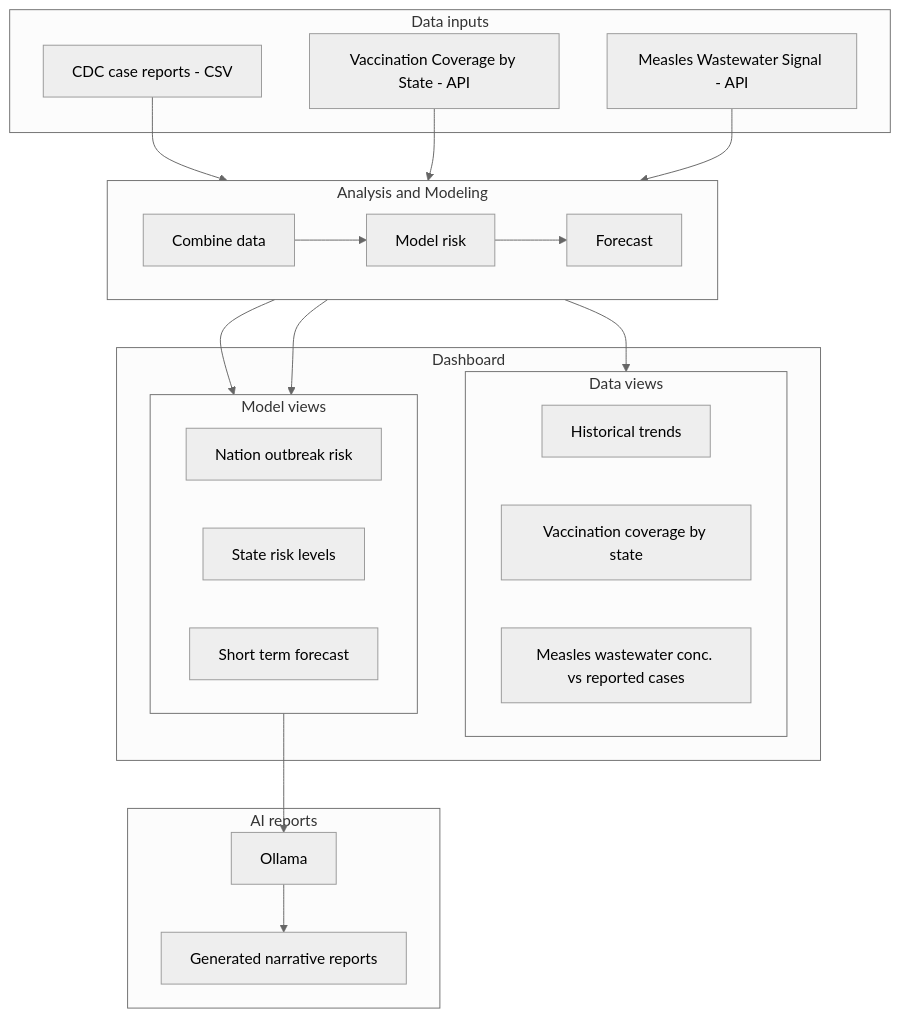
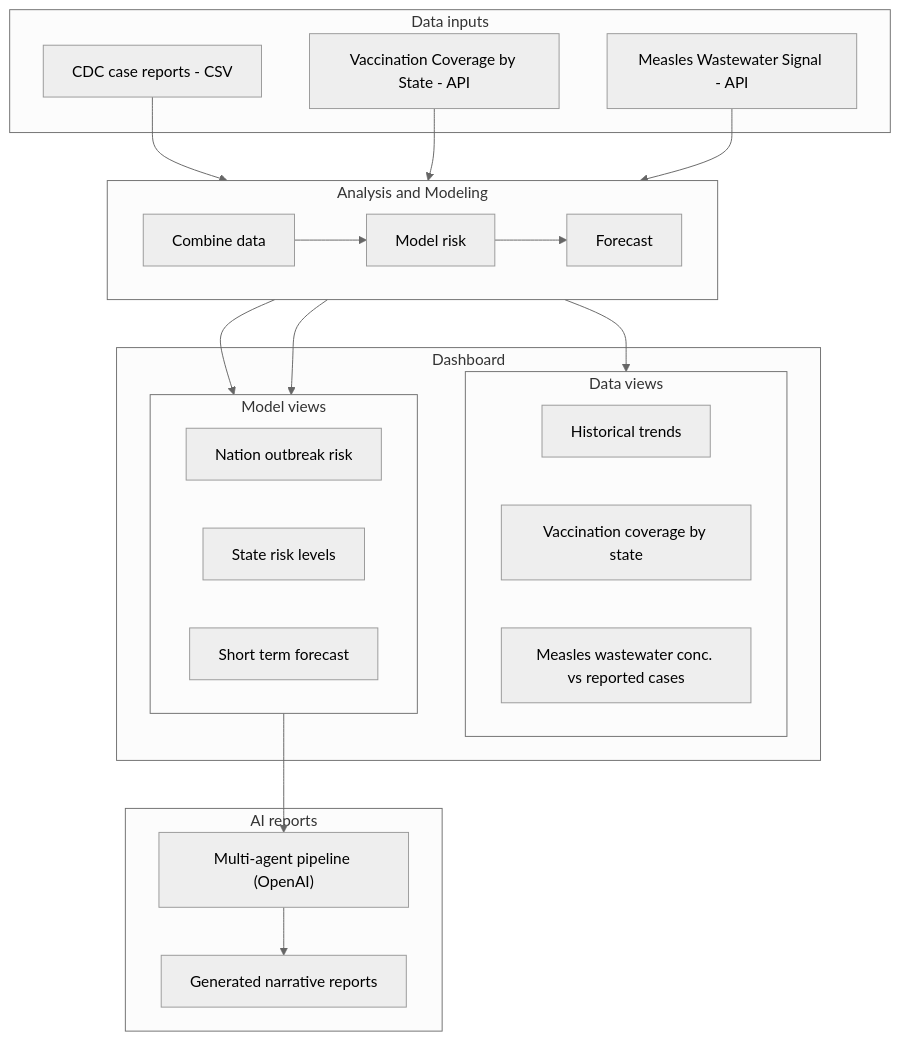
One commit to MatthewTirelli/ToolV2 changed the diagram in docs/app-flow-executive.mmd. Above: the diagram before and after it, drawn with Mermaid (neutral theme). The commit also changed 3 other files, not shown here.

```diff
--- a/docs/app-flow-executive.mmd
+++ b/docs/app-flow-executive.mmd
@@ -1,45 +1,45 @@
 %% High-level flow: Risk of Measles Outbreak dashboard (executive view)
 %% Renders in GitHub, VS Code Mermaid extension, or https://mermaid.live
 %% Top-to-bottom flow so order is always: Data → Analysis → Dashboard
 
 flowchart TB
     subgraph inputs["Data inputs"]
         A["CDC case reports - CSV"]
         B["Vaccination Coverage by State - API"]
         C["Measles Wastewater Signal - API"]
     end
 
     subgraph app["Analysis and Modeling"]
         direction LR
         D["Combine data"]
         E["Model risk"]
         F["Forecast"]
         D --> E --> F
     end
 
     subgraph outputs["Dashboard"]
         subgraph data_views["Data views"]
             H["Historical trends"]
             I["Vaccination coverage by state"]
             J["Measles wastewater conc. vs reported cases"]
         end
         subgraph model_views["Model views"]
             G["Nation outbreak risk"]
             K["State risk levels"]
             L["Short term forecast"]
         end
     end
 
     subgraph ai["AI reports"]
-        O["Ollama"]
+        O["Multi-agent pipeline (OpenAI)"]
         P["Generated narrative reports"]
         O --> P
     end
 
     A --> D
     B --> D
     C --> D
     D --> data_views
     E --> model_views
     F --> model_views
     model_views --> O
```
